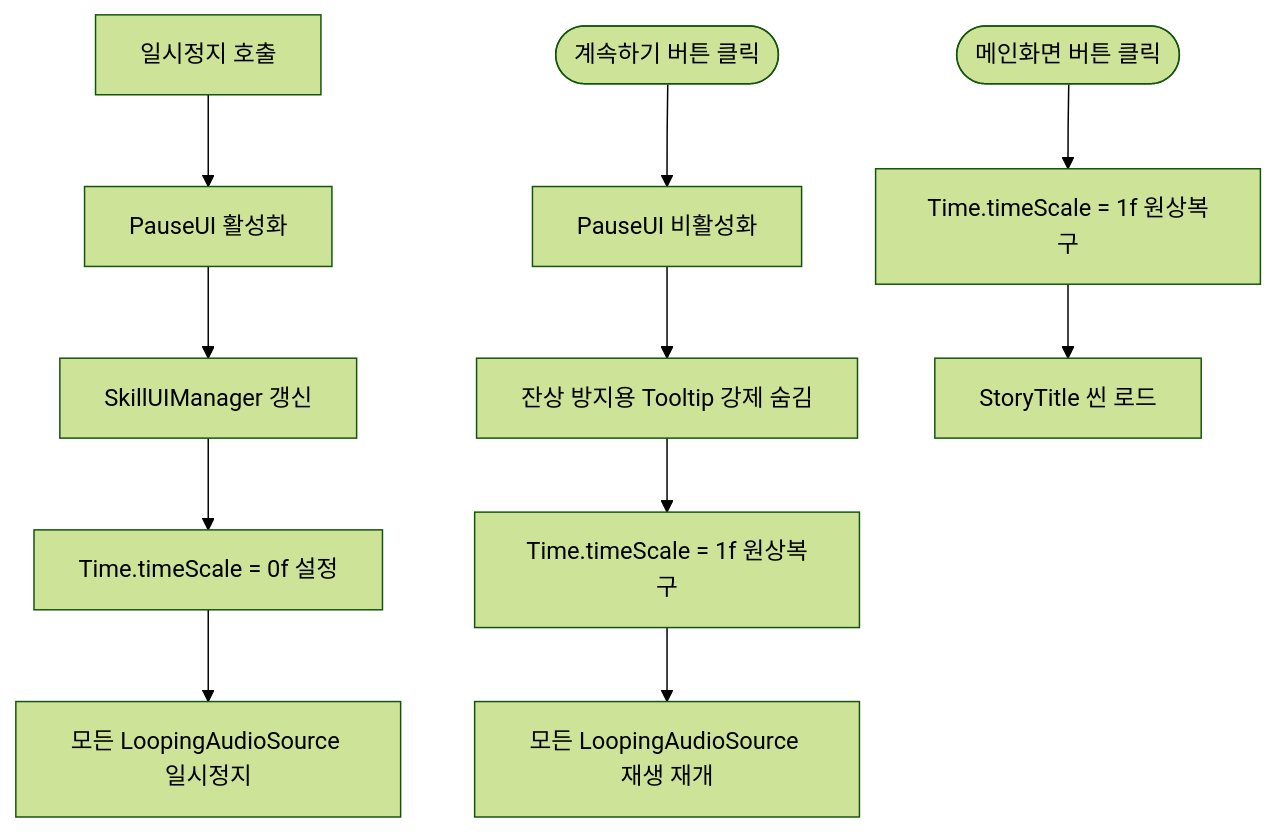
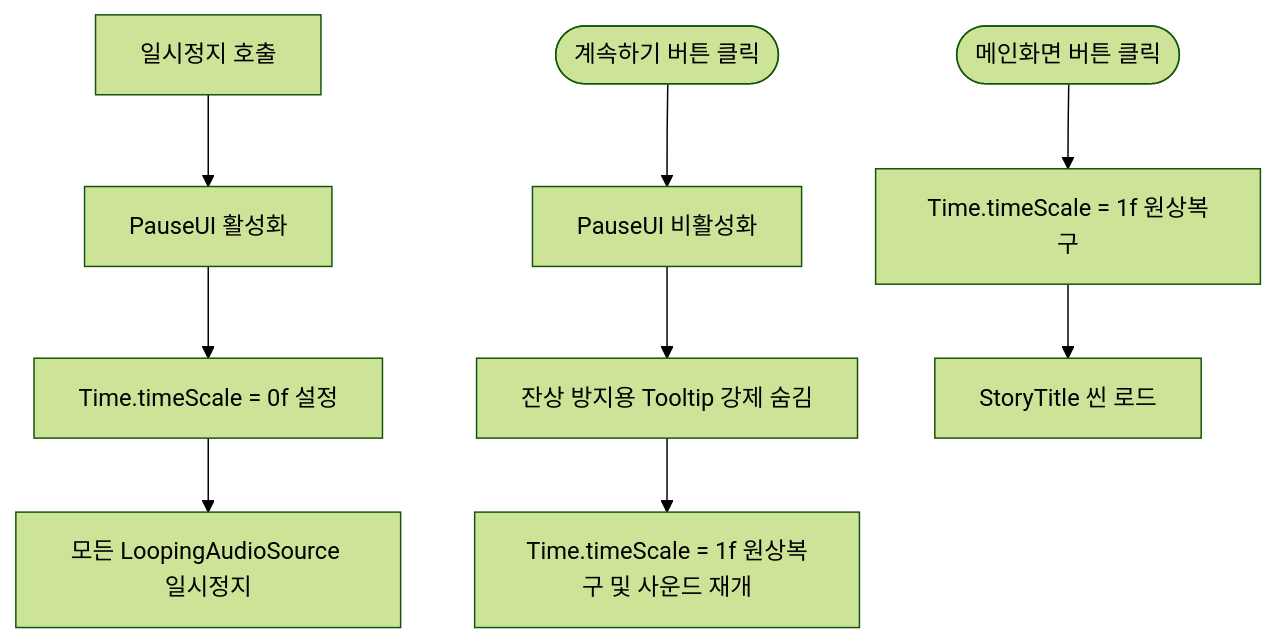
The diagram in Project_TripleSurvivor/PauseSystem.md (zergling-cute/zergling-cute), drawn with Mermaid (forest theme) before and after one commit. The commit also changed other lines of this file, not shown here.

````diff
--- a/Project_TripleSurvivor/PauseSystem.md
+++ b/Project_TripleSurvivor/PauseSystem.md
@@ -16,15 +15,13 @@
 ```mermaid
 flowchart TD
     A[일시정지 호출] --> B[PauseUI 활성화]
-    B --> C[SkillUIManager 갱신]
-    C --> D[Time.timeScale = 0f 설정]
-    D --> E[모든 LoopingAudioSource 일시정지]
+    B --> C[Time.timeScale = 0f 설정]
+    C --> D[모든 LoopingAudioSource 일시정지]
     
-    F([계속하기 버튼 클릭]) --> G[PauseUI 비활성화]
-    G --> H[잔상 방지용 Tooltip 강제 숨김]
-    H --> I[Time.timeScale = 1f 원상복구]
-    I --> J[모든 LoopingAudioSource 재생 재개]
+    E([계속하기 버튼 클릭]) --> F[PauseUI 비활성화]
+    F --> G[잔상 방지용 Tooltip 강제 숨김]
+    G --> H[Time.timeScale = 1f 원상복구 및 사운드 재개]
     
-    K([메인화면 버튼 클릭]) --> L[Time.timeScale = 1f 원상복구]
-    L --> M[StoryTitle 씬 로드]
+    I([메인화면 버튼 클릭]) --> J[Time.timeScale = 1f 원상복구]
+    J --> K[StoryTitle 씬 로드]
 ```
````
